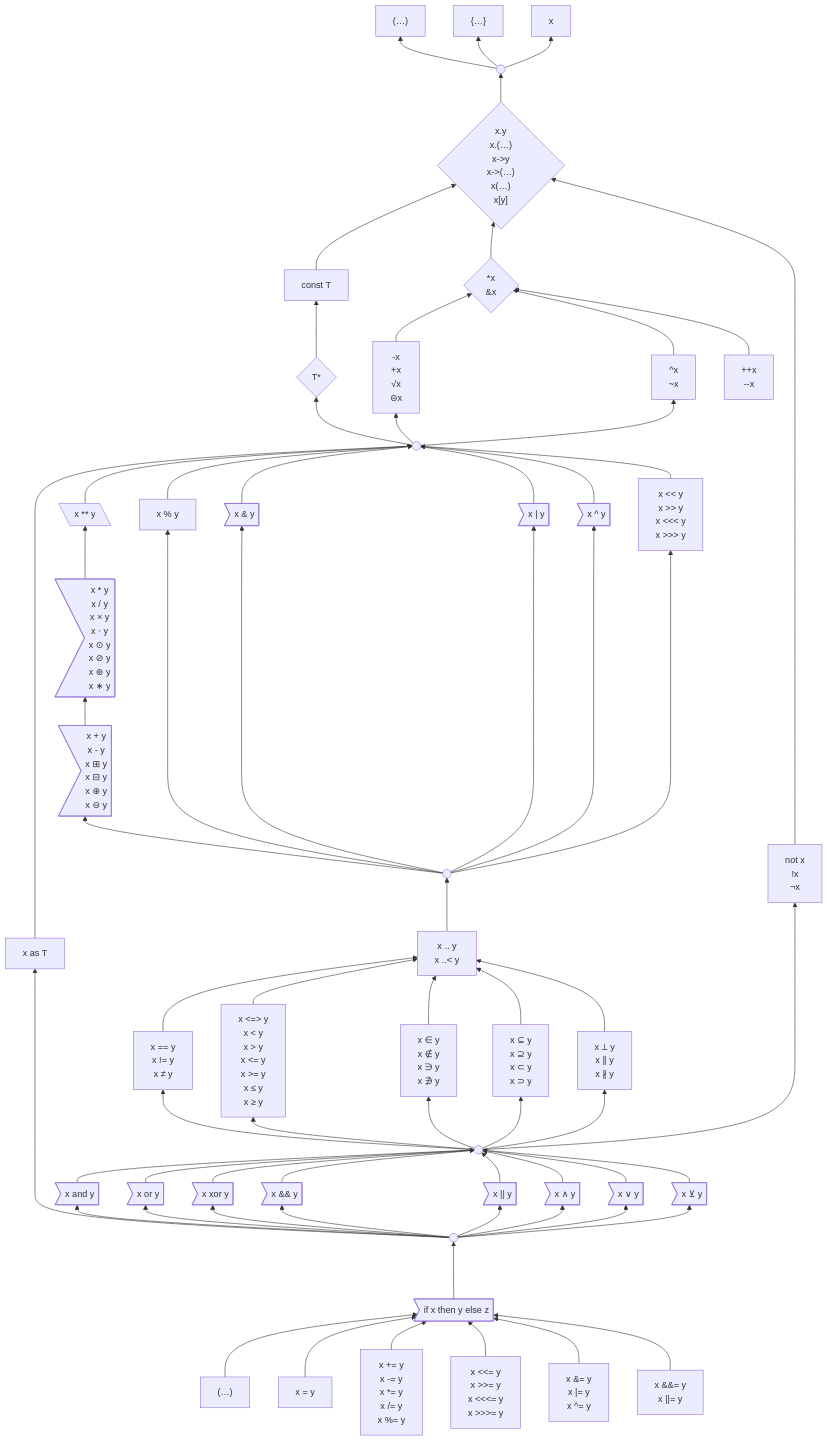
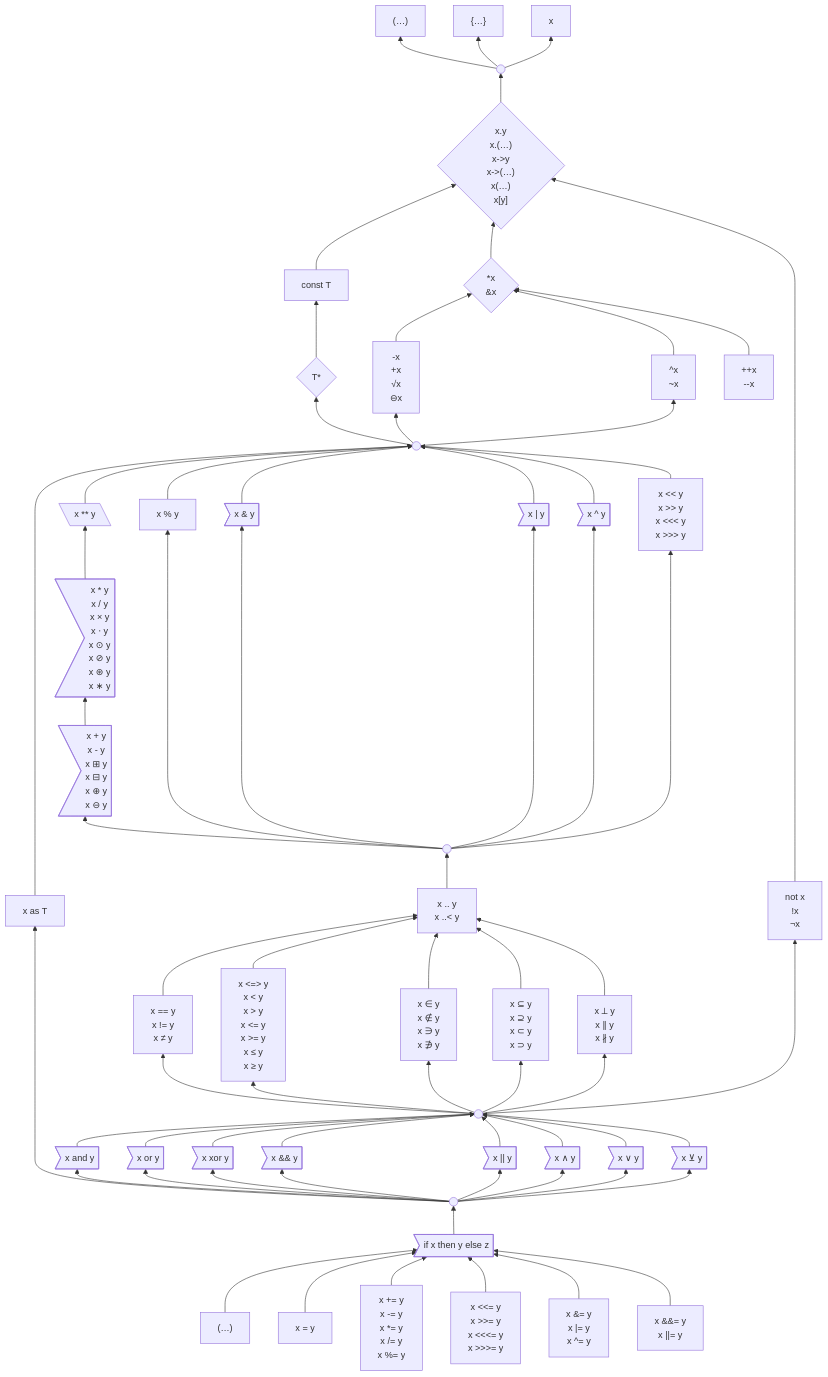
The first of 3 diagrams in 6 .../2 Unfinished Ideas.md (laro/Cilia), drawn with Mermaid before and after one commit.

Commit message:
Update 2 Unfinished Ideas.md

```diff
--- a/6 .../2 Unfinished Ideas.md
+++ b/6 .../2 Unfinished Ideas.md
@@ -266,7 +266,7 @@
               x ∦ y"]
 
     %% Use a longer arrow here to put `not` next to other unary operators
-    not --------> suffixOps
+    not ---------> suffixOps
     not["not x
          !x
          ¬x"]
@@ -290,7 +290,7 @@
     logicalExpression --> and & or & xor & andAmp & orAmp & andSym & orSym & xorSym
     logicalExpression((" "))
 
-    if ---> logicalExpression
+    if --> logicalExpression
     if>"if x then y else z"]
 
 
```
